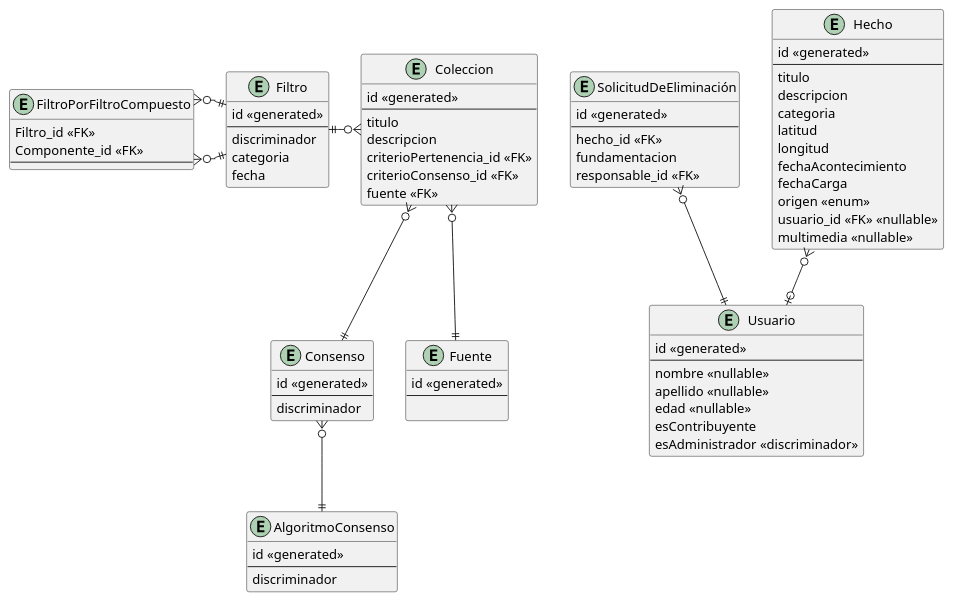
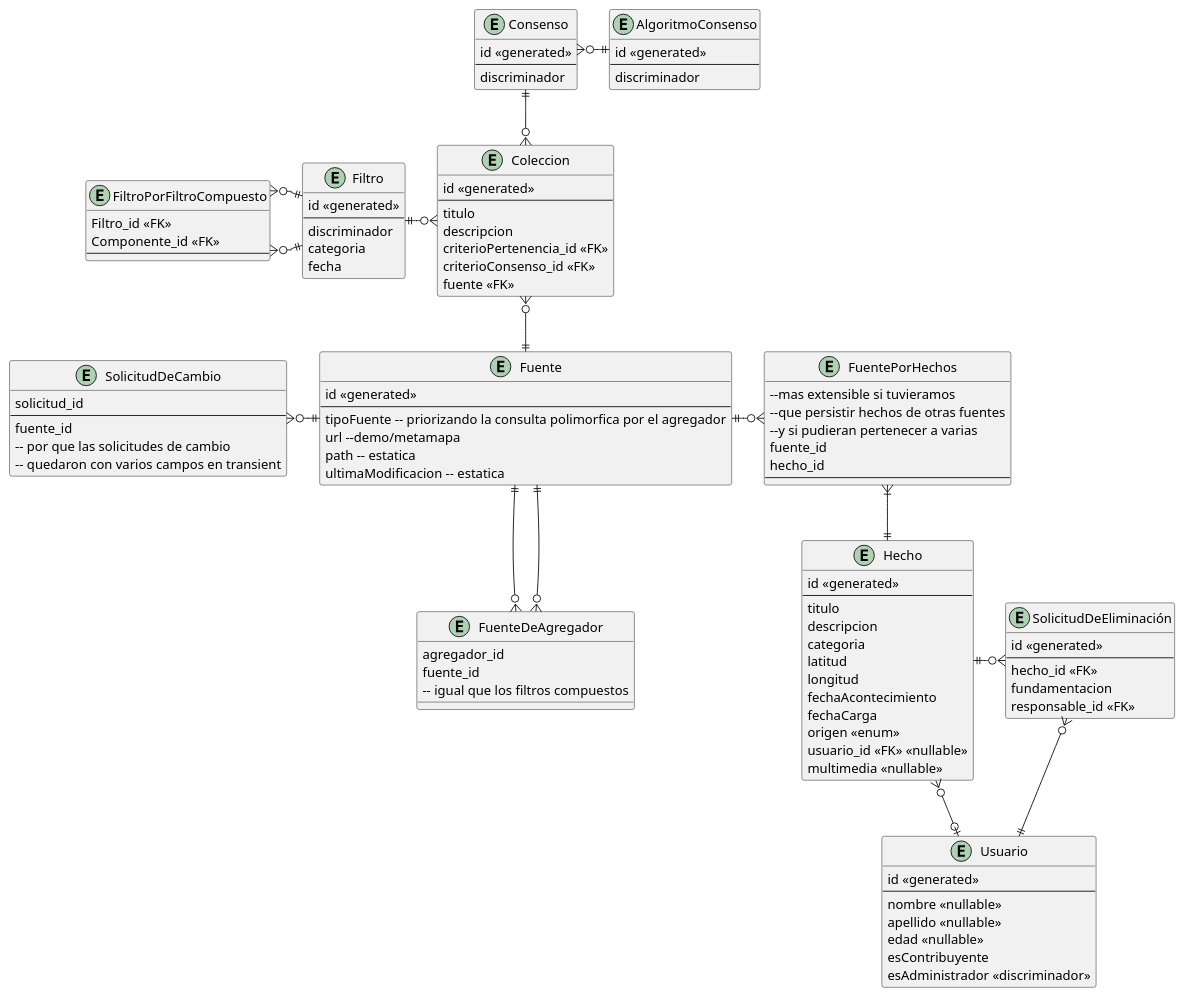
One commit to lrizzitano/Metamapa changed the diagram in diagramas/diagrama-relacional.puml. Above: the diagram before and after it, drawn with PlantUML.

Commit message:
Completo DER, falta debatir

```diff
--- a/diagramas/diagrama-relacional.puml
+++ b/diagramas/diagrama-relacional.puml
@@ -1,97 +1,126 @@
 @startuml
 
 ' Single Table Usuario - Administrador
 entity Usuario {
     id <<generated>>
     --
     nombre <<nullable>>
     apellido <<nullable>>
     edad <<nullable>>
     esContribuyente
     esAdministrador <<discriminador>>
 }
 
 entity SolicitudDeEliminación {
     id <<generated>>
     --
     hecho_id <<FK>>
     fundamentacion
     responsable_id <<FK>>
 }
 
 entity Hecho {
     id <<generated>>
     --
     titulo
     descripcion
     categoria
     latitud
     longitud
     fechaAcontecimiento
     fechaCarga
     origen <<enum>>
     'Cambiar el nombre para diferenciarlo del de la clase??
     usuario_id <<FK>> <<nullable>>
     multimedia <<nullable>>
 }
 
 entity Coleccion {
     id <<generated>>
     --
     titulo
     descripcion
     criterioPertenencia_id <<FK>>
     criterioConsenso_id <<FK>>
     fuente <<FK>>
 }
 
 entity Consenso {
     id <<generated>>
     --
     discriminador
 }
 
 entity AlgoritmoConsenso {
     id <<generated>>
     --
     discriminador
 }
 
 entity Filtro {
     id <<generated>>
     --
     discriminador
     categoria
     fecha
 }
 
 entity FiltroPorFiltroCompuesto {
     Filtro_id <<FK>>
     Componente_id <<FK>>
     --
 }
 
 entity Fuente {
     id <<generated>>
     --
-
+    tipoFuente -- priorizando la consulta polimorfica por el agregador
+    url --demo/metamapa
+    path -- estatica
+    ultimaModificacion -- estatica
 }
 
+entity FuenteDeAgregador {
+    agregador_id
+    fuente_id
+    -- igual que los filtros compuestos
+}
+
+entity SolicitudDeCambio {
+    solicitud_id
+    --
+    fuente_id
+    -- por que las solicitudes de cambio
+    -- quedaron con varios campos en transient
+}
+
+entity FuentePorHechos {
+    --mas extensible si tuvieramos
+    --que persistir hechos de otras fuentes
+    --y si pudieran pertenecer a varias
+    fuente_id
+    hecho_id
+    --
+}
+
+SolicitudDeEliminación }o-left-|| Hecho
 SolicitudDeEliminación }o--|| Usuario
 Hecho }o--o| Usuario
 
-Coleccion }o--|| Consenso
+Coleccion }o-up-|| Consenso
 Coleccion }o-l-|| Filtro
 
-
+Fuente ||--o{ FuenteDeAgregador
+FuenteDeAgregador }o--|| Fuente
+Fuente ||-right-o{FuentePorHechos
+FuentePorHechos}|--|| Hecho
+Fuente ||-left-o{ SolicitudDeCambio
 
 Filtro ||-l-o{ FiltroPorFiltroCompuesto
 Filtro ||--o{ FiltroPorFiltroCompuesto
 
-Consenso }o--|| AlgoritmoConsenso
+Consenso }o-right-|| AlgoritmoConsenso
 
 Coleccion }o--|| Fuente
 
-
-
 @enduml
```
